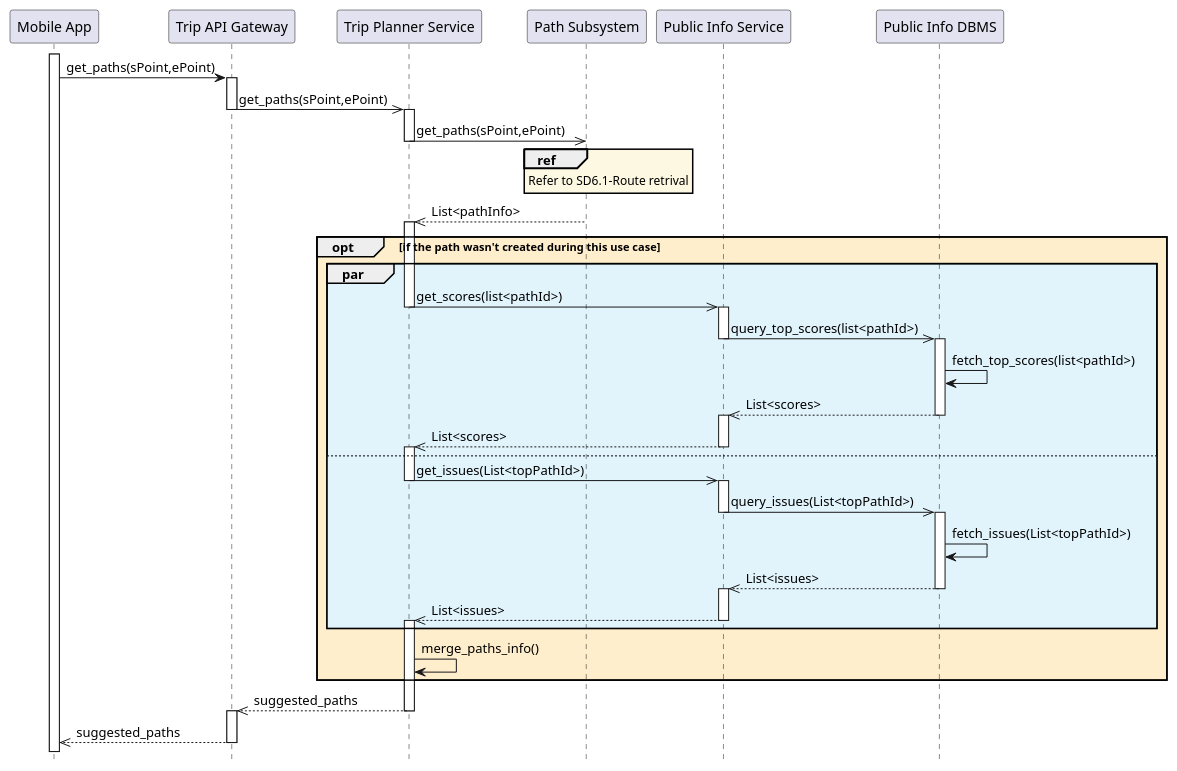
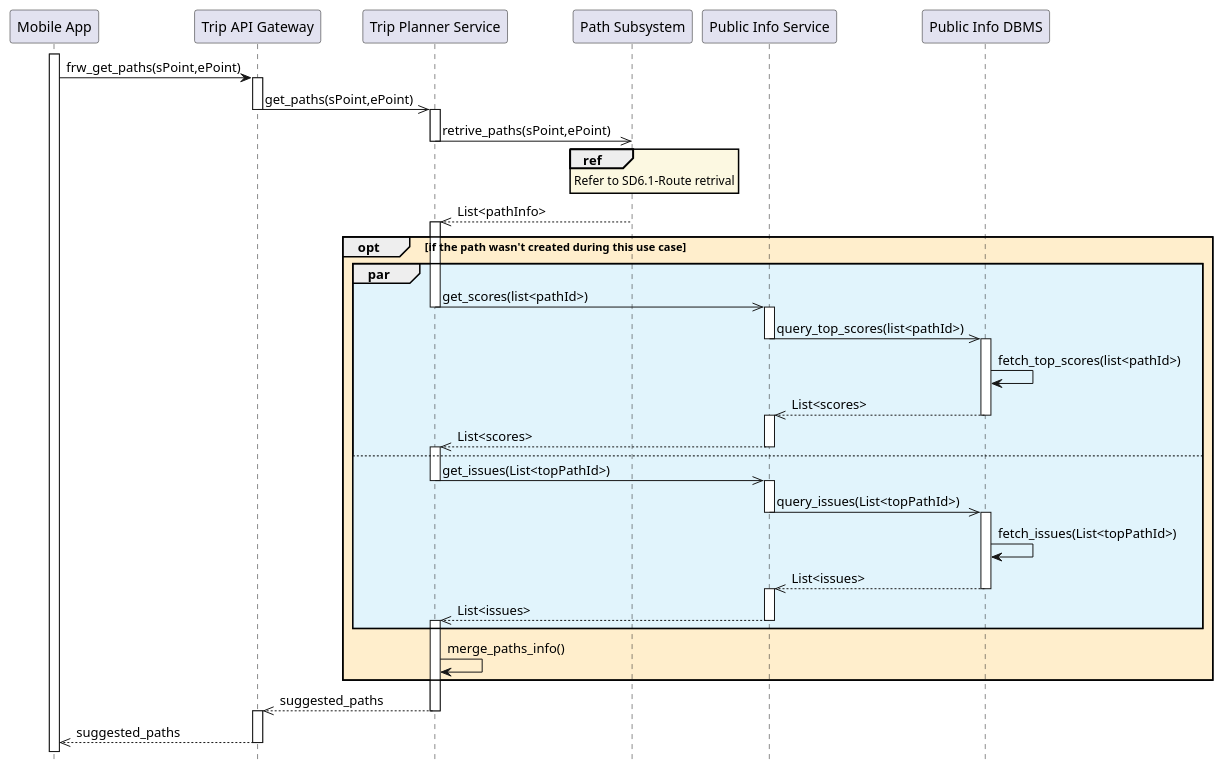
Before and after one commit to Guflie/PoliMi-SWE2-RDD-project: the diagram in diagrams/DD/sequenceDiagram/sd6_route_plannig.puml, drawn with PlantUML. The commit also changed 20 other files, not shown here.

```diff
--- a/diagrams/DD/sequenceDiagram/sd6_route_plannig.puml
+++ b/diagrams/DD/sequenceDiagram/sd6_route_plannig.puml
@@ -1,69 +1,69 @@
 @startuml sd6_route_planning
 ' Referes to UC6 and UC7
 hide footbox
 
 skinparam sequence {
     ReferenceBackgroundColor #fcf8e1
 }
 
 participant "Mobile App" as app
 participant "Trip API Gateway" as tapi
 participant "Trip Planner Service" as tb
 participant "Path Subsystem" as ps
 participant "Public Info Service" as pis
 participant "Public Info DBMS" as dbpi
 
 activate app
-app -> tapi : get_paths(sPoint,ePoint)
+app -> tapi : frw_get_paths(sPoint,ePoint)
 activate tapi
 tapi ->> tb: get_paths(sPoint,ePoint)
 deactivate tapi 
 activate tb
 
 ' 1st step - path retrival
-tb ->> ps : get_paths(sPoint,ePoint)
+tb ->> ps : retrive_paths(sPoint,ePoint)
 deactivate tb
 ref over ps : Refer to SD6.1-Route retrival
 ps -->> tb : List<pathInfo>
 activate tb
 
 opt #ffeecc if the path wasn't created during this use case
     ' 2nd step - score retrival
     par #e1f4fc
         tb ->> pis : get_scores(list<pathId>)
         deactivate tb
         activate pis
         pis ->> dbpi : query_top_scores(list<pathId>)
         deactivate pis
         activate dbpi
         dbpi -> dbpi : fetch_top_scores(list<pathId>)
         dbpi -->> pis : List<scores>
         deactivate dbpi
         activate pis
         pis -->> tb : List<scores>
         deactivate pis
         activate tb
     else 
         tb ->> pis : get_issues(List<topPathId>)
         deactivate tb
         activate pis
         pis ->> dbpi : query_issues(List<topPathId>)
         deactivate pis
         activate dbpi
         dbpi -> dbpi : fetch_issues(List<topPathId>)
         dbpi -->> pis : List<issues>
         deactivate dbpi
         activate pis
         pis -->> tb : List<issues>
         deactivate pis
         activate tb
     end
 tb -> tb : merge_paths_info()
 end
 tb -->> tapi : suggested_paths
 deactivate tb
 activate tapi
 tapi -->> app : suggested_paths
 deactivate tapi
 
 @enduml
```
